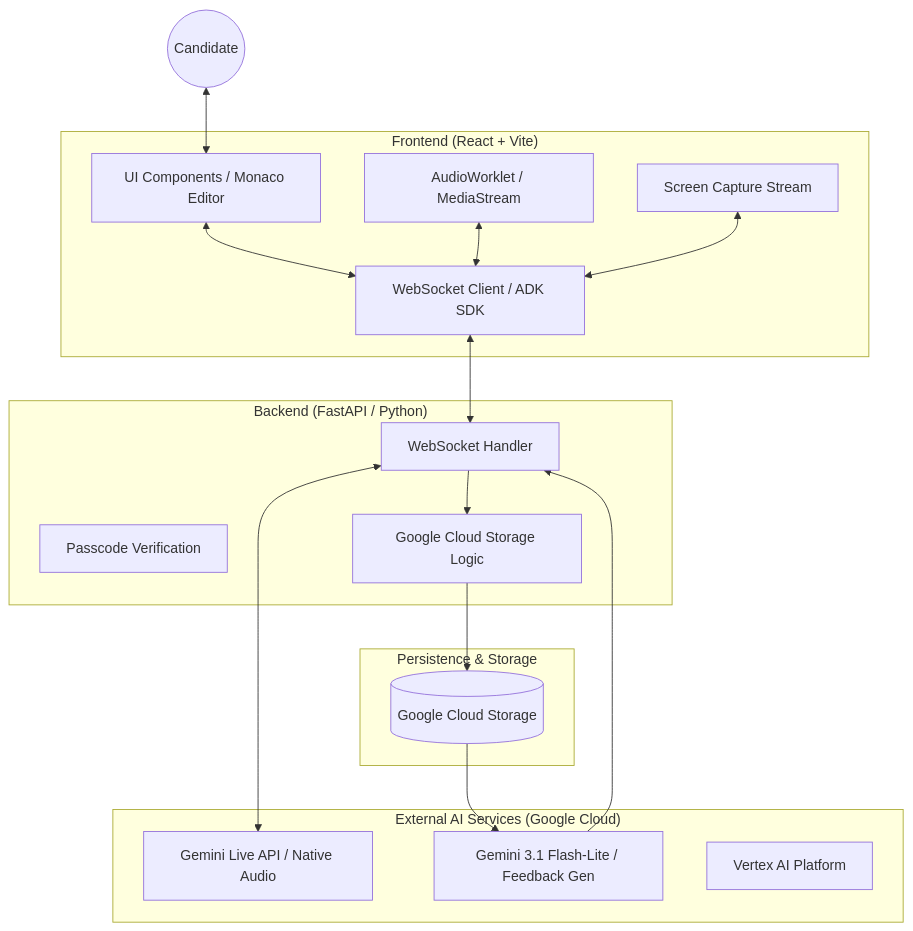
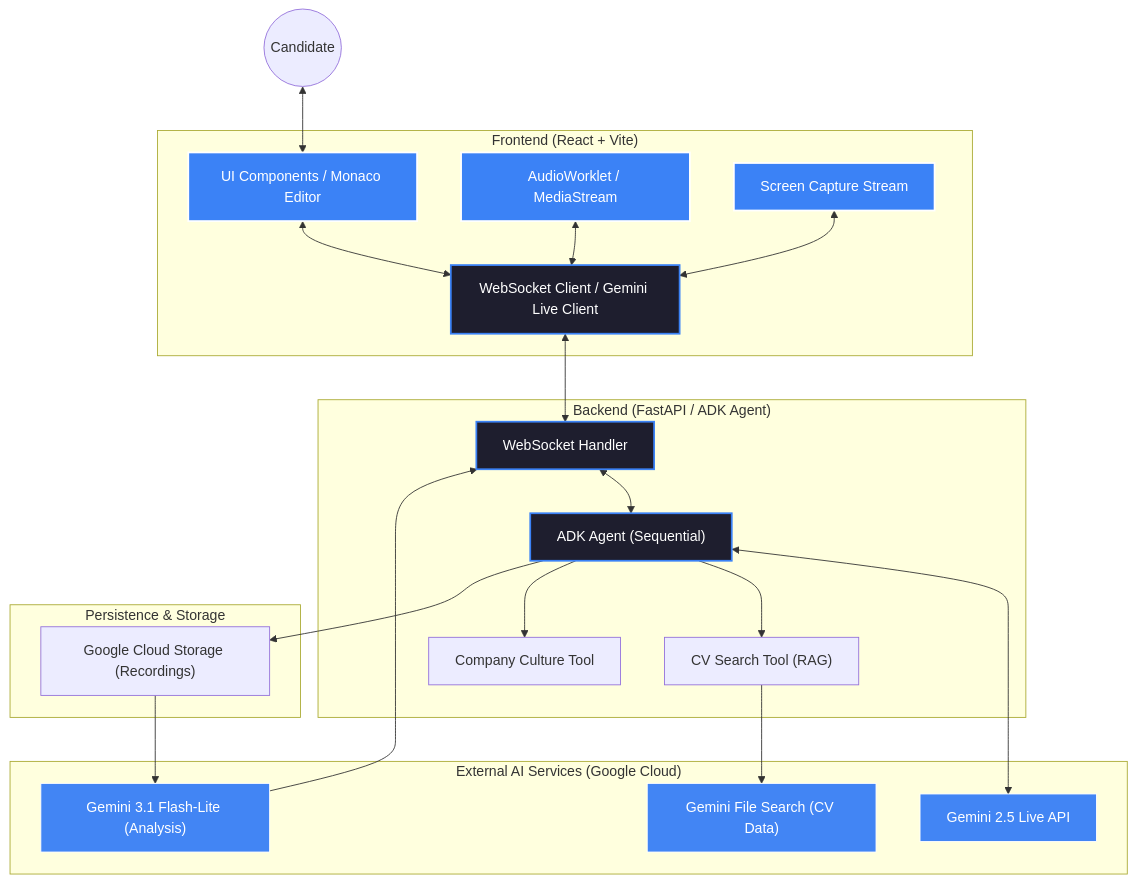
One commit to ChristChad-mv/mockInterview.ai changed the first of 3 diagrams in ARCHITECTURE.md. Above: the diagram before and after it, drawn with Mermaid. The commit also changed other lines of this file, not shown here.

Commit message:
docs: improve architecture diagrams for hackathon submission

````diff
--- a/ARCHITECTURE.md
+++ b/ARCHITECTURE.md
@@ -9,41 +9,53 @@
 ```mermaid
 graph TD
     User((Candidate))
     
     subgraph "Frontend (React + Vite)"
-        UI[UI Components / Monaco Editor]
-        Audio[AudioWorklet / MediaStream]
-        Vision[Screen Capture Stream]
-        Client[WebSocket Client / ADK SDK]
+        UI["UI Components / Monaco Editor"]
+        Audio["AudioWorklet / MediaStream"]
+        Vision["Screen Capture Stream"]
+        Client["WebSocket Client / Gemini Live Client"]
     end
 
-    subgraph "Backend (FastAPI / Python)"
-        WS_Handler[WebSocket Handler]
-        Auth[Passcode Verification]
-        GCS_Logic[Google Cloud Storage Logic]
+    subgraph "Backend (FastAPI / ADK Agent)"
+        WS_Handler["WebSocket Handler"]
+        ADK["ADK Agent (Sequential)"]
+        CV_Search["CV Search Tool (RAG)"]
+        Culture_Tool["Company Culture Tool"]
     end
 
     subgraph "External AI Services (Google Cloud)"
-        GeminiLive[Gemini Live API / Native Audio]
-        Gemini31[Gemini 3.1 Flash-Lite / Feedback Gen]
-        Vertex[Vertex AI Platform]
+        GeminiLive["Gemini 2.5 Live API"]
+        GeminiFlash["Gemini 3.1 Flash-Lite (Analysis)"]
+        FileSearch["Gemini File Search (CV Data)"]
     end
 
     subgraph "Persistence & Storage"
-        GCS[(Google Cloud Storage)]
+        GCS["Google Cloud Storage (Recordings)"]
     end
 
     User <--> UI
     UI <--> Client
     Audio <--> Client
     Vision <--> Client
     
     Client <--> WS_Handler
-    WS_Handler <--> GeminiLive
+    WS_Handler <--> ADK
+    ADK <--> GeminiLive
     
-    WS_Handler --> GCS_Logic
-    GCS_Logic --> GCS
+    ADK --> CV_Search
+    CV_Search --> FileSearch
+    ADK --> Culture_Tool
     
-    GCS --> Gemini31
-    Gemini31 --> WS_Handler
+    ADK --> GCS
+    GCS --> GeminiFlash
+    GeminiFlash --> WS_Handler
+
+    classDef tech fill:#3b82f6,stroke:#fff,stroke-width:2px,color:#fff;
+    classDef internal fill:#1e1e2e,stroke:#3b82f6,stroke-width:2px,color:#fff;
+    classDef cloud fill:#4285F4,stroke:#fff,stroke-width:1px,color:#fff;
+    
+    class Client,WS_Handler,ADK internal;
+    class GeminiLive,GeminiFlash,FileSearch cloud;
+    class UI,Audio,Vision tech;
 ```
````
